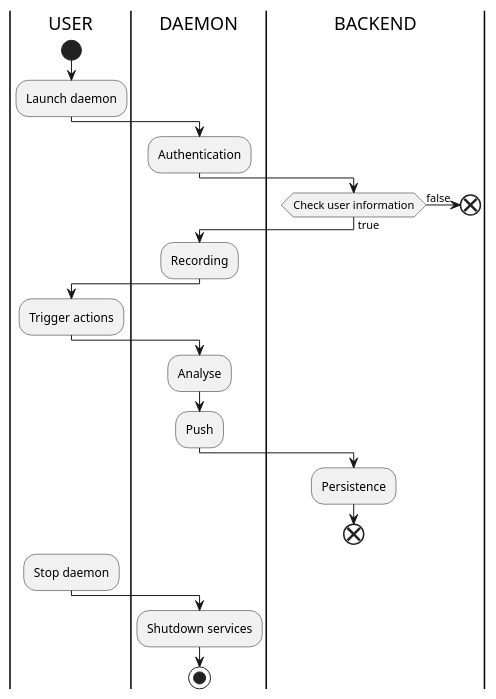
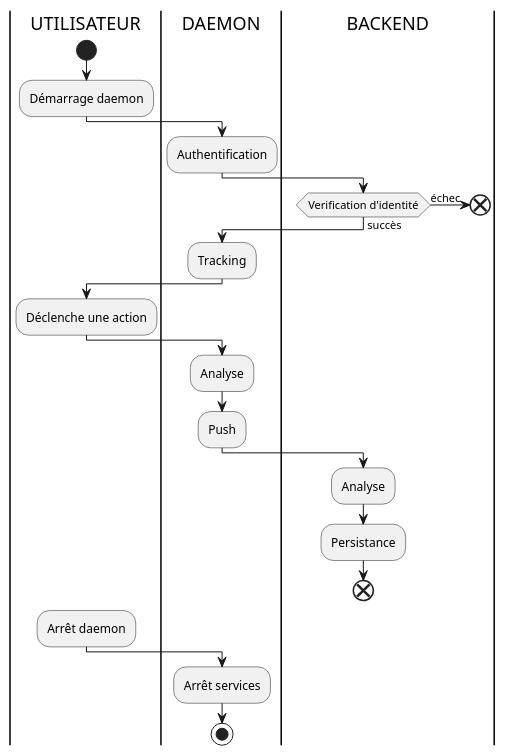
Before and after one commit to FocusCompany/Documents: the diagram in AA2/Daemon/activity.plantuml, drawn with PlantUML.

Commit message:
Fix language issues

```diff
--- a/AA2/Daemon/activity.plantuml
+++ b/AA2/Daemon/activity.plantuml
@@ -1,28 +1,29 @@
 @startuml
-|USER|
+|UTILISATEUR|
 start
-:Launch daemon;
+:Démarrage daemon;
 |DAEMON|
-:Authentication;
+:Authentification;
 |BACKEND|
-if (Check user information) then (true)
+if (Verification d'identité) then (succès)
   |DAEMON|
-  :Recording;
-  |USER|
-  :Trigger actions;
+  :Tracking;
+  |UTILISATEUR|
+  :Déclenche une action;
   |DAEMON|
   :Analyse;
   :Push;
   |BACKEND|
-  :Persistence;
+  :Analyse;
+  :Persistance;
   end
-else (false)
+else (échec)
   |BACKEND|
   end
 endif
-|USER|
-:Stop daemon;
+|UTILISATEUR|
+:Arrêt daemon;
 |DAEMON|
-:Shutdown services;
+:Arrêt services;
 stop
 @enduml
```
